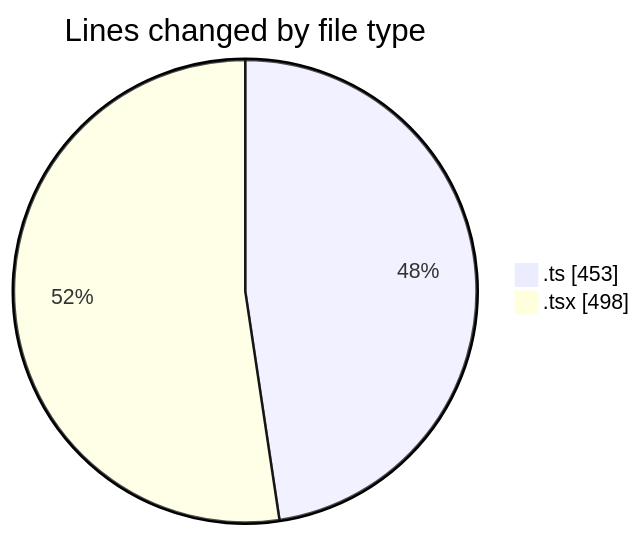
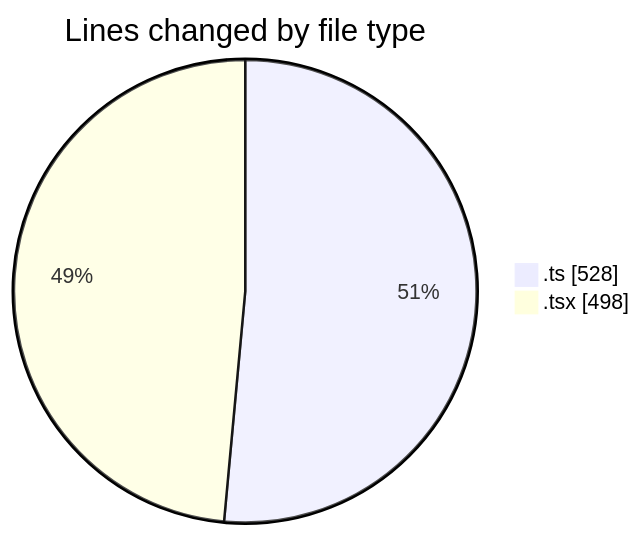
Before and after one commit to julien-gomy/code-tracking: the first of 2 diagrams in 2025-11-03/eventscop-frontend-guide__workspace_/README.md, drawn with Mermaid. The commit also changed other lines of this file and 1 other file, not shown here.

````diff
--- a/2025-11-03/eventscop-frontend-guide__workspace_/README.md
+++ b/2025-11-03/eventscop-frontend-guide__workspace_/README.md
@@ -23,6 +24,6 @@
 ```mermaid
 pie showData
 title Lines changed by file type
-".ts" : 453
+".ts" : 528
 ".tsx" : 498
 ```
````
